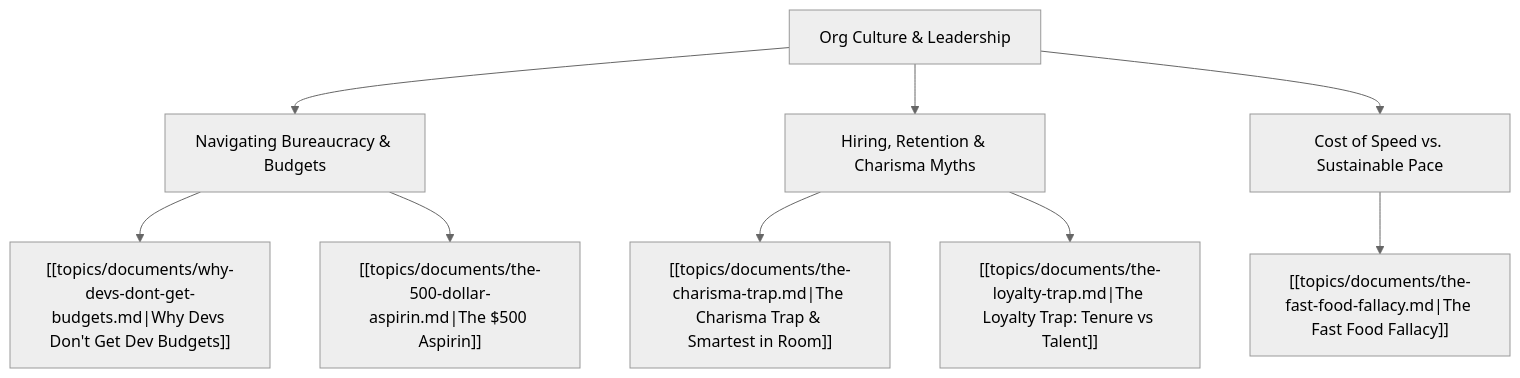
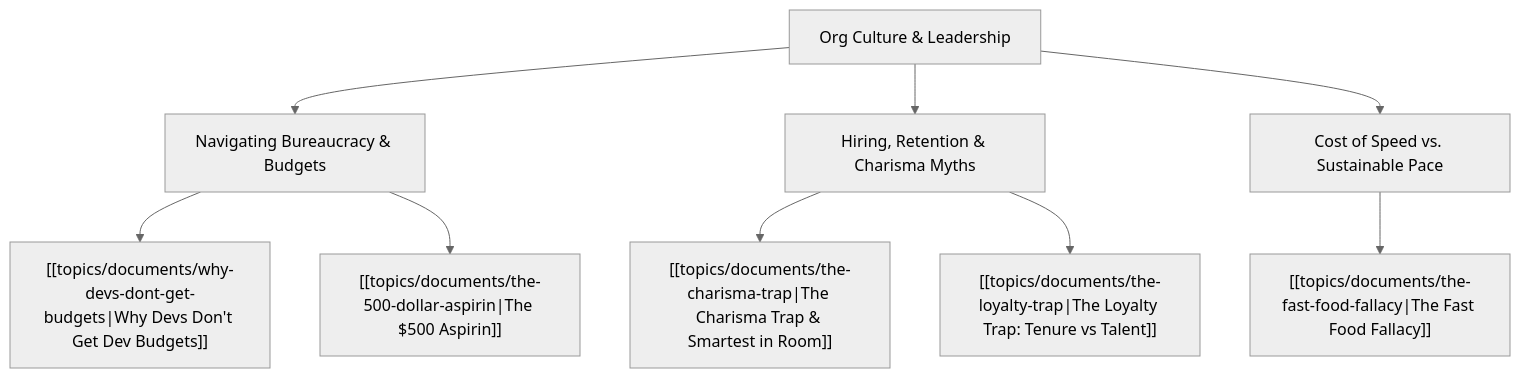
Before and after one commit to cstroliadavis/social-media-ideas: the diagram in topics/themes/leadership-culture.md, drawn with Mermaid (neutral theme). The commit also changed other lines of this file and 25 other files, not shown here.

````diff
--- a/topics/themes/leadership-culture.md
+++ b/topics/themes/leadership-culture.md
@@ -12,14 +23,14 @@
 ```mermaid
 graph TD
     LEAD["Org Culture & Leadership"]
     
     LEAD --> POLITICS["Navigating Bureaucracy & Budgets"]
     LEAD --> TALENT["Hiring, Retention & Charisma Myths"]
     LEAD --> SHORTCUTS["Cost of Speed vs. Sustainable Pace"]
     
-    POLITICS --> D1["[[topics/documents/why-devs-dont-get-budgets.md|Why Devs Don't Get Dev Budgets]]"]
-    POLITICS --> D2["[[topics/documents/the-500-dollar-aspirin.md|The $500 Aspirin]]"]
-    TALENT --> D3["[[topics/documents/the-charisma-trap.md|The Charisma Trap & Smartest in Room]]"]
-    TALENT --> D4["[[topics/documents/the-loyalty-trap.md|The Loyalty Trap: Tenure vs Talent]]"]
-    SHORTCUTS --> D5["[[topics/documents/the-fast-food-fallacy.md|The Fast Food Fallacy]]"]
+    POLITICS --> D1["[[topics/documents/why-devs-dont-get-budgets|Why Devs Don't Get Dev Budgets]]"]
+    POLITICS --> D2["[[topics/documents/the-500-dollar-aspirin|The $500 Aspirin]]"]
+    TALENT --> D3["[[topics/documents/the-charisma-trap|The Charisma Trap & Smartest in Room]]"]
+    TALENT --> D4["[[topics/documents/the-loyalty-trap|The Loyalty Trap: Tenure vs Talent]]"]
+    SHORTCUTS --> D5["[[topics/documents/the-fast-food-fallacy|The Fast Food Fallacy]]"]
 ```
````
